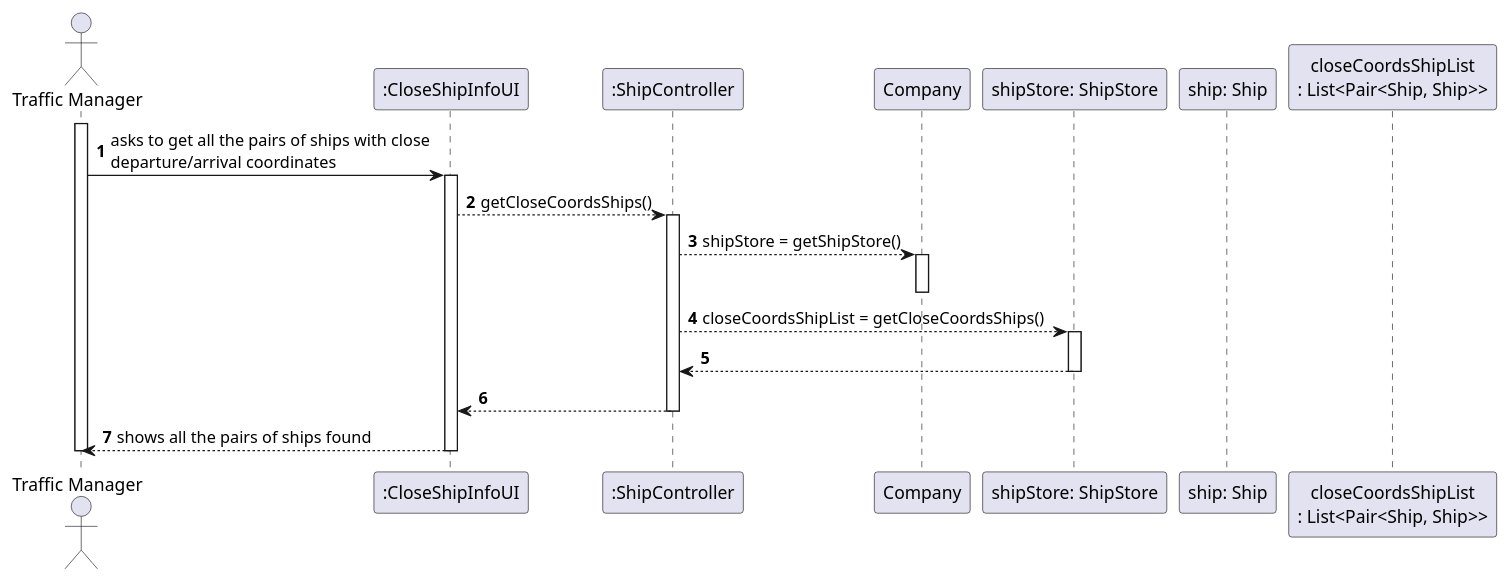
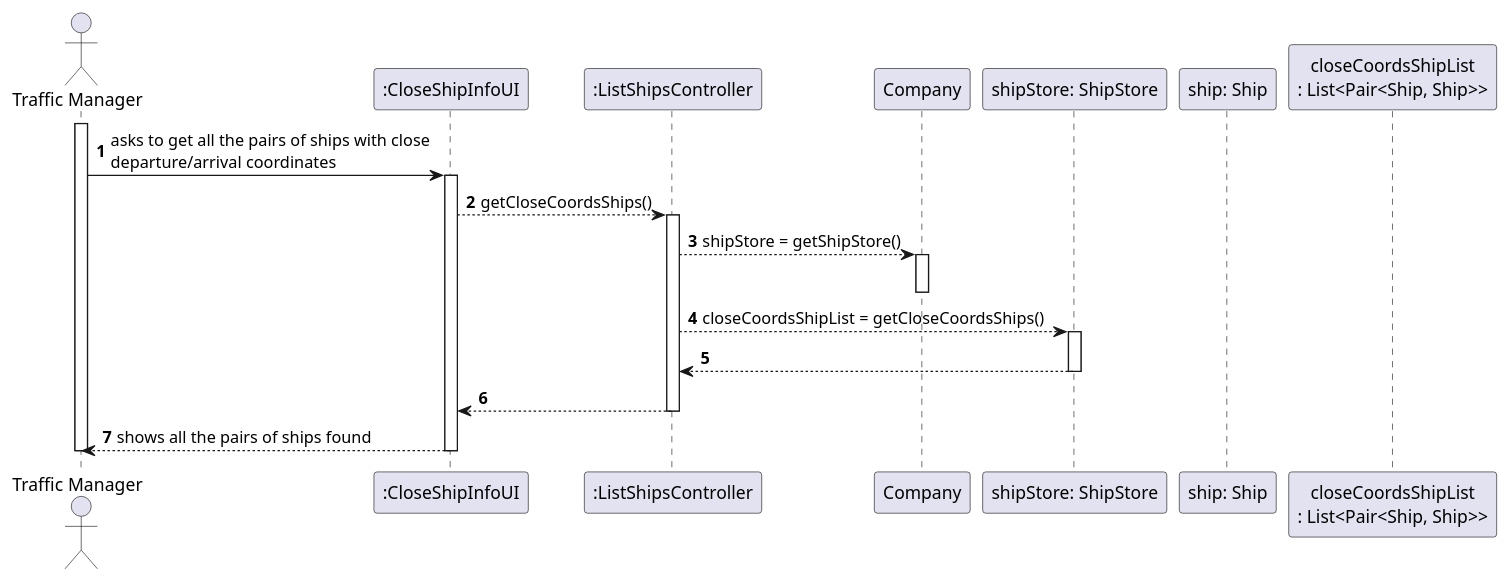
One commit to mpoboas/lapr3-2021-g102 changed the diagram in docs/Sprint1/US107/US107_SD.puml. Above: the diagram before and after it, drawn with PlantUML. The commit also changed 3 other files, not shown here.

```diff
--- a/docs/Sprint1/US107/US107_SD.puml
+++ b/docs/Sprint1/US107/US107_SD.puml
@@ -1,31 +1,31 @@
 @startuml
 autonumber
 'hide footbox
 actor "Traffic Manager" as TF
 
 participant ":CloseShipInfoUI" as UI
-participant ":ShipController" as CTRL
+participant ":ListShipsController" as CTRL
 participant "Company" as COMP
 participant "shipStore: ShipStore" as STR
 participant "ship: Ship" as SHIP
 participant "closeCoordsShipList\n: List<Pair<Ship, Ship>>"
 
 activate TF
 TF -> UI : asks to get all the pairs of ships with close\ndeparture/arrival coordinates
 activate UI
 UI --> CTRL : getCloseCoordsShips()
 activate CTRL
 CTRL --> COMP : shipStore = getShipStore()
 activate COMP
 deactivate COMP
 CTRL --> STR : closeCoordsShipList = getCloseCoordsShips()
 activate STR
 STR --> CTRL
 deactivate STR
 CTRL --> UI
 deactivate CTRL
 UI --> TF : shows all the pairs of ships found
 deactivate UI
 deactivate TF
 
 @enduml
```
